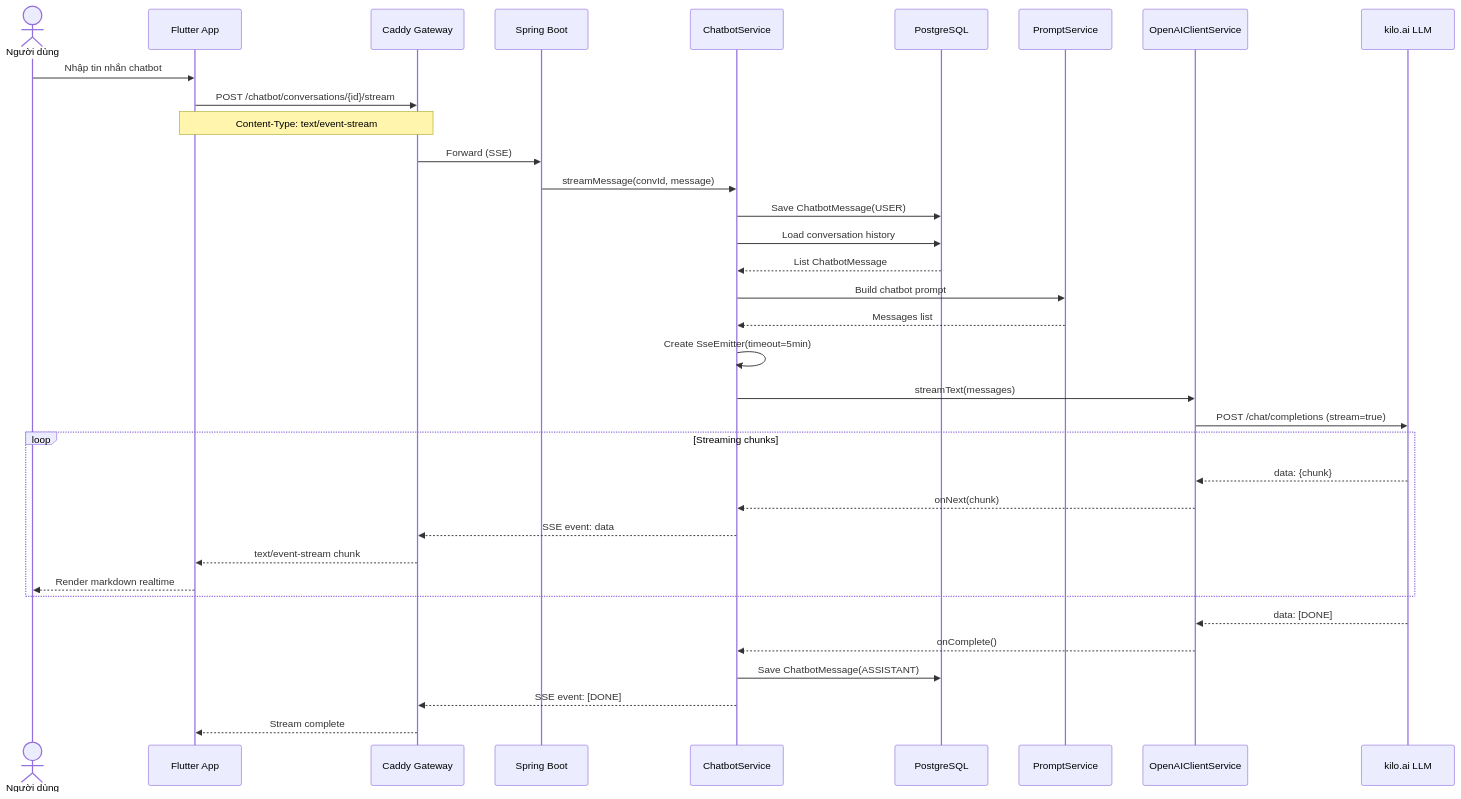
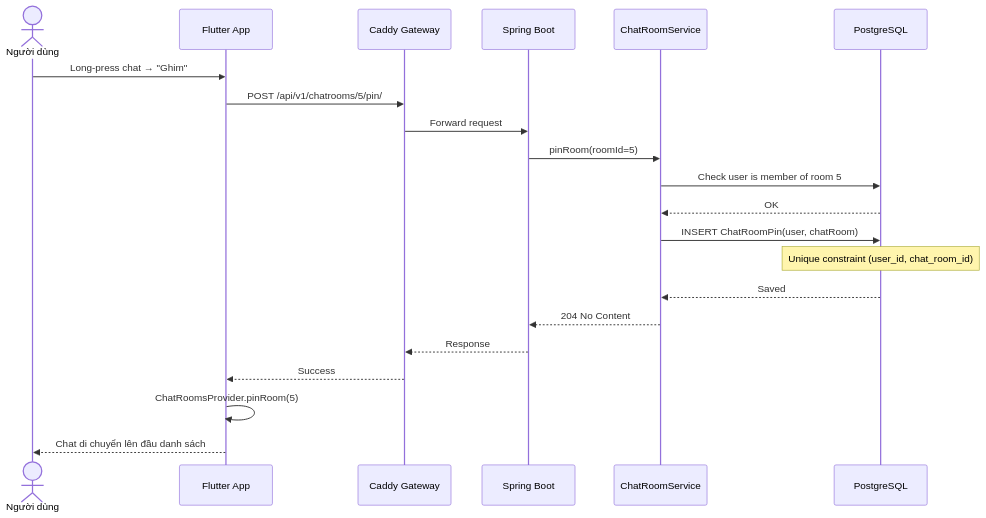
Before and after one commit to HiepNguyen284/chatapp: the seventh of 11 diagrams in bao_cao_thanh_vien_4.md, drawn with Mermaid. The commit also changed other lines of this file and 4473 other files, not shown here.

````diff
--- a/bao_cao_thanh_vien_4.md
+++ b/bao_cao_thanh_vien_4.md
@@ -754,38 +648,24 @@
 ```mermaid
 sequenceDiagram
     actor User as Người dùng
     participant App as Flutter App
     participant API as Caddy Gateway
     participant SB as Spring Boot
-    participant BotSvc as ChatbotService
+    participant RoomSvc as ChatRoomService
     participant DB as PostgreSQL
-    participant Prompt as PromptService
-    participant OpenAI as OpenAIClientService
-    participant LLM as kilo.ai LLM
 
-    User->>App: Nhập tin nhắn chatbot
-    App->>API: POST /chatbot/conversations/{id}/stream
-    Note over App,API: Content-Type: text/event-stream
-    API->>SB: Forward (SSE)
-    SB->>BotSvc: streamMessage(convId, message)
-    BotSvc->>DB: Save ChatbotMessage(USER)
-    BotSvc->>DB: Load conversation history
-    DB-->>BotSvc: List ChatbotMessage
-    BotSvc->>Prompt: Build chatbot prompt
-    Prompt-->>BotSvc: Messages list
-    BotSvc->>BotSvc: Create SseEmitter(timeout=5min)
-    BotSvc->>OpenAI: streamText(messages)
-    OpenAI->>LLM: POST /chat/completions (stream=true)
-    loop Streaming chunks
-        LLM-->>OpenAI: data: {chunk}
-        OpenAI-->>BotSvc: onNext(chunk)
-        BotSvc-->>API: SSE event: data
-        API-->>App: text/event-stream chunk
-        App-->>User: Render markdown realtime
-    end
-    LLM-->>OpenAI: data: [DONE]
-    OpenAI-->>BotSvc: onComplete()
-    BotSvc->>DB: Save ChatbotMessage(ASSISTANT)
-    BotSvc-->>API: SSE event: [DONE]
-    API-->>App: Stream complete
+    User->>App: Long-press chat → "Ghim"
+    App->>API: POST /api/v1/chatrooms/5/pin/
+    API->>SB: Forward request
+    SB->>RoomSvc: pinRoom(roomId=5)
+    RoomSvc->>DB: Check user is member of room 5
+    DB-->>RoomSvc: OK
+    RoomSvc->>DB: INSERT ChatRoomPin(user, chatRoom)
+    Note over DB: Unique constraint (user_id, chat_room_id)
+    DB-->>RoomSvc: Saved
+    RoomSvc-->>SB: 204 No Content
+    SB-->>API: Response
+    API-->>App: Success
+    App->>App: ChatRoomsProvider.pinRoom(5)
+    App-->>User: Chat di chuyển lên đầu danh sách
 ```
````
